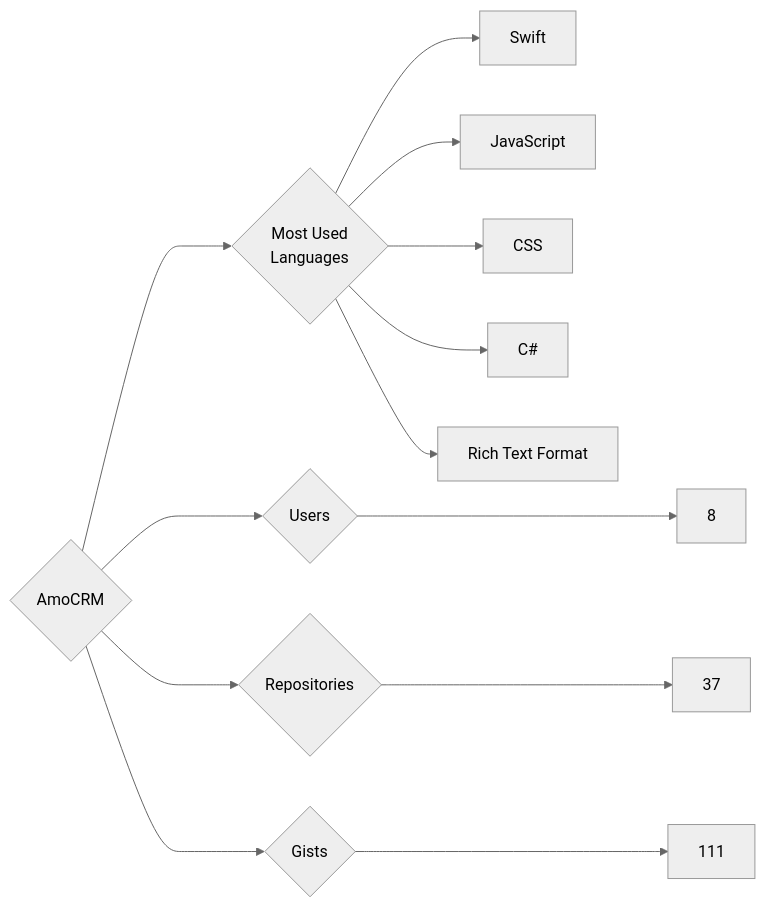
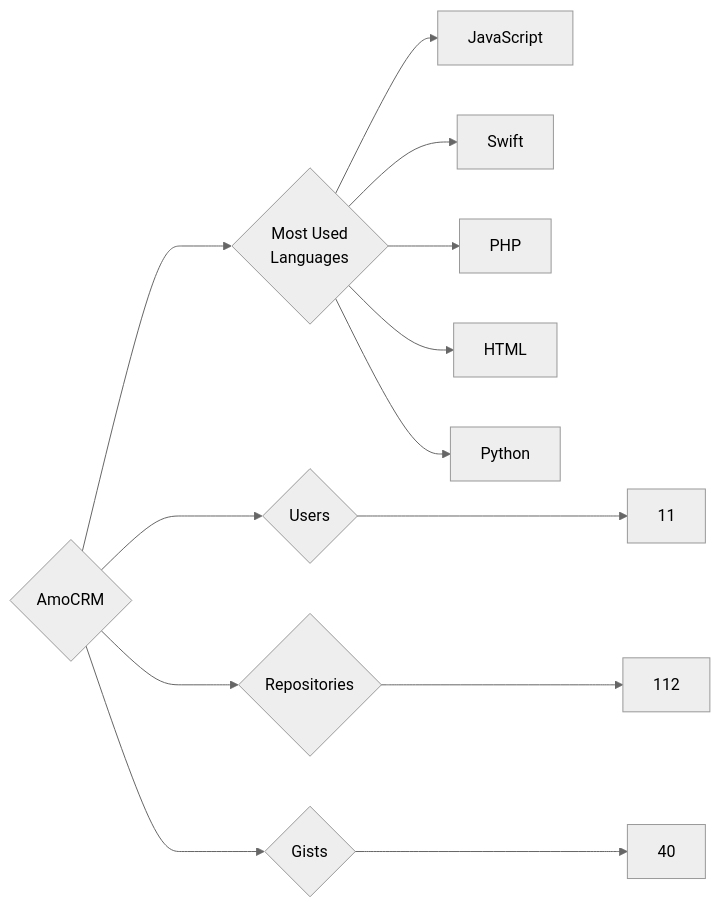
Before and after one commit to trickest/insiders: the diagram in targets/AmoCRM/README.md, drawn with Mermaid (neutral theme). The commit also changed 965 other files, not shown here.

````diff
--- a/targets/AmoCRM/README.md
+++ b/targets/AmoCRM/README.md
@@ -3,13 +3,13 @@
 ```mermaid
 graph LR
 COMPANY_NAME{AmoCRM}
-COMPANY_NAME ---> U{Users} ---> UN[8]
-COMPANY_NAME ---> R{Repositories} ---> RN[37]
-COMPANY_NAME ---> G{Gists} ---> GN[111]
+COMPANY_NAME ---> U{Users} ---> UN[11]
+COMPANY_NAME ---> R{Repositories} ---> RN[112]
+COMPANY_NAME ---> G{Gists} ---> GN[40]
 COMPANY_NAME ---> ML{Most Used<br>Languages}
+ML --> JavaScript[JavaScript]
 ML --> Swift[Swift]
-ML --> JavaScript[JavaScript]
-ML --> CSS[CSS]
-ML --> C#[C#]
-ML --> Rich_Text_Format[Rich Text Format]
+ML --> PHP[PHP]
+ML --> HTML[HTML]
+ML --> Python[Python]
 ```
````
